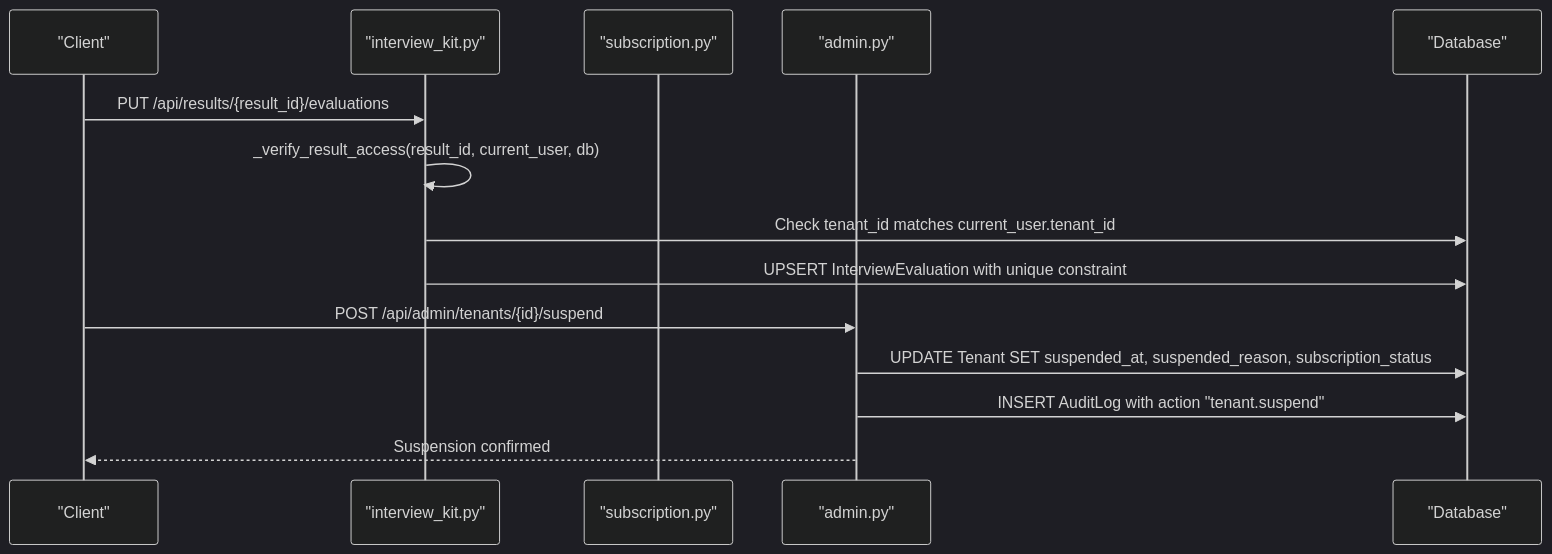
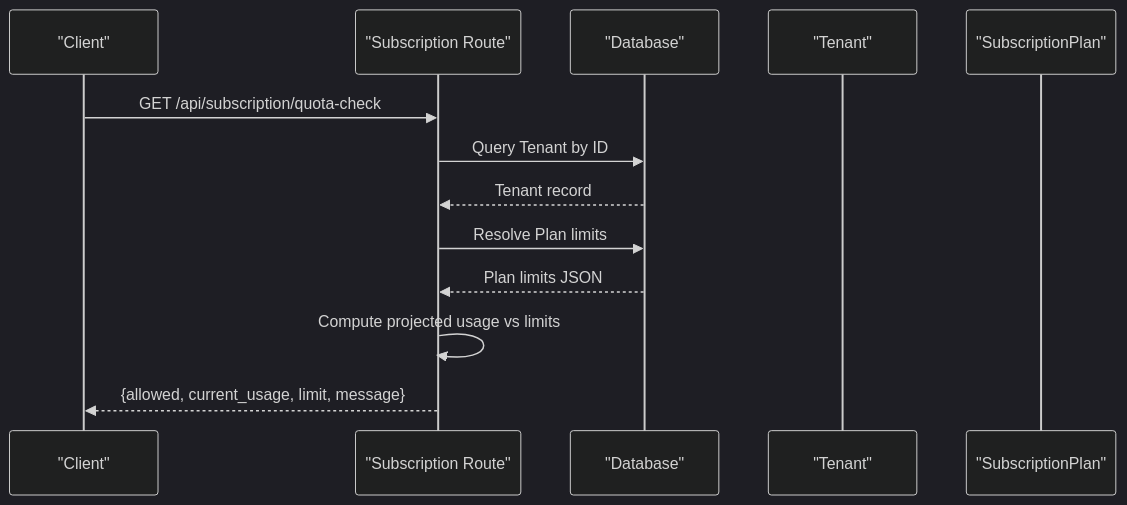
Before and after one commit to Revanththetalogics/aireume: the third of 7 diagrams in .qoder/repowiki/en/content/Database Design/Database Design.md, drawn with Mermaid (dark theme). The commit also changed other lines of this file and 32 other files, not shown here.

````diff
--- a/.qoder/repowiki/en/content/Database Design/Database Design.md
+++ b/.qoder/repowiki/en/content/Database Design/Database Design.md
@@ -497,16 +181,15 @@
 ```mermaid
 sequenceDiagram
 participant Client as "Client"
-participant Route as "interview_kit.py"
-participant Sub as "subscription.py"
-participant Admin as "admin.py"
+participant API as "Subscription Route"
 participant DB as "Database"
-Client->>Route : PUT /api/results/{result_id}/evaluations
-Route->>Route : _verify_result_access(result_id, current_user, db)
-Route->>DB : Check tenant_id matches current_user.tenant_id
-Route->>DB : UPSERT InterviewEvaluation with unique constraint
-Client->>Admin : POST /api/admin/tenants/{id}/suspend
-Admin->>DB : UPDATE Tenant SET suspended_at, suspended_reason, subscription_status
-Admin->>DB : INSERT AuditLog with action "tenant.suspend"
-Admin-->>Client : Suspension confirmed
+participant Tenant as "Tenant"
+participant Plan as "SubscriptionPlan"
+Client->>API : GET /api/subscription/quota-check
+API->>DB : Query Tenant by ID
+DB-->>API : Tenant record
+API->>DB : Resolve Plan limits
+DB-->>API : Plan limits JSON
+API->>API : Compute projected usage vs limits
+API-->>Client : {allowed, current_usage, limit, message}
 ```
````
